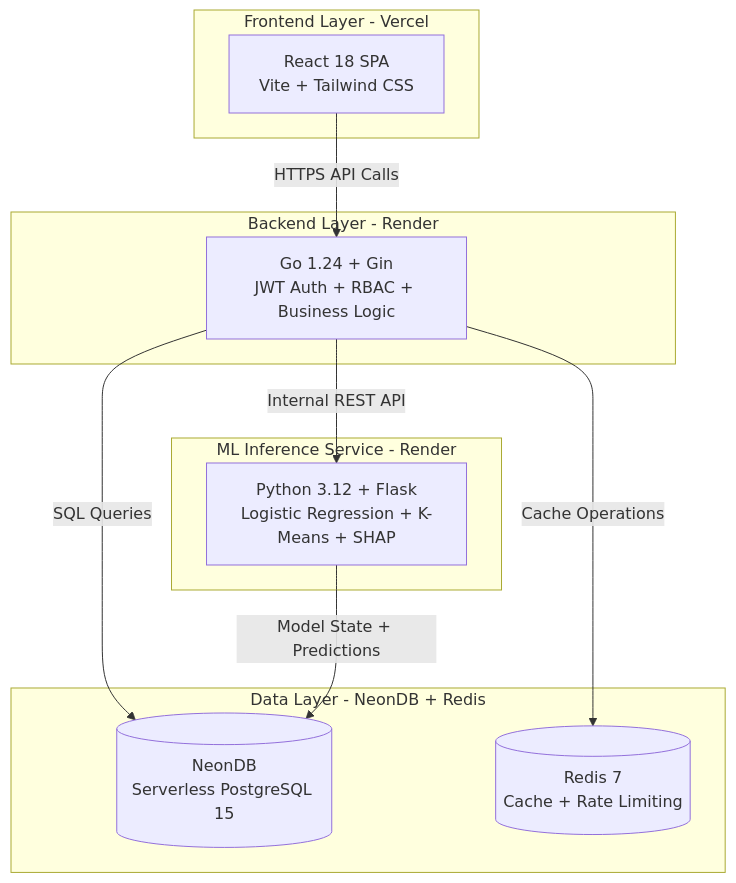
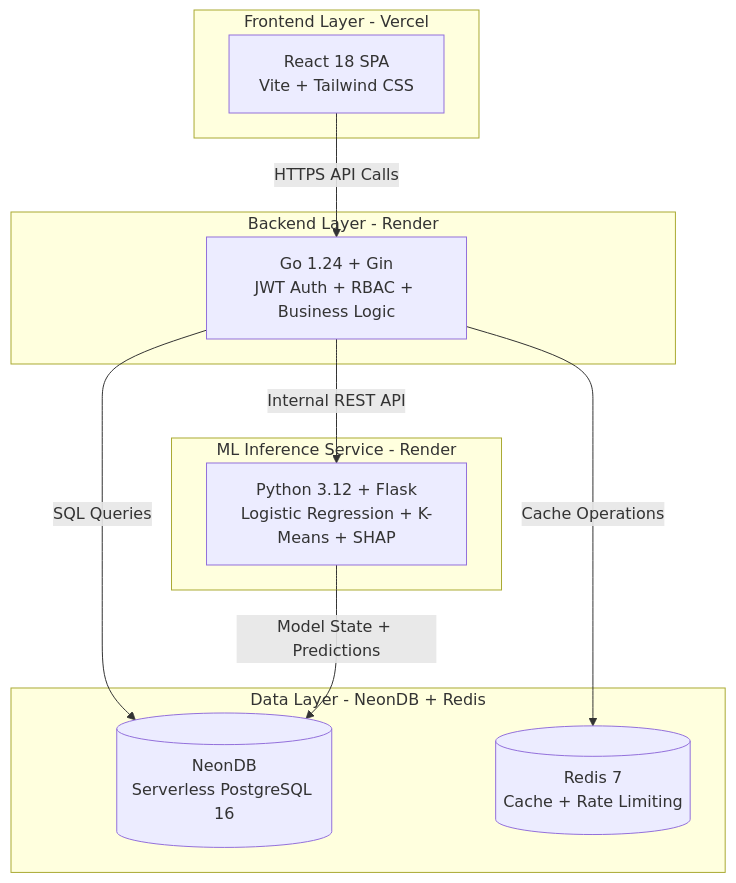
One commit to Skufu/DianaV2 changed the fifth of 7 diagrams in ch3+4.md. Above: the diagram before and after it, drawn with Mermaid. The commit also changed other lines of this file and 30 other files, not shown here.

````diff
--- a/ch3+4.md
+++ b/ch3+4.md
@@ -654,25 +667,25 @@
 ```mermaid
 flowchart TB
     subgraph Frontend["Frontend Layer - Vercel"]
         A[React 18 SPA<br/>Vite + Tailwind CSS]
     end
 
     subgraph Backend["Backend Layer - Render"]
         B[Go 1.24 + Gin<br/>JWT Auth + RBAC + Business Logic]
     end
 
     subgraph ML["ML Inference Service - Render"]
         C[Python 3.12 + Flask<br/>Logistic Regression + K-Means + SHAP]
     end
 
     subgraph Data["Data Layer - NeonDB + Redis"]
-        D[(NeonDB<br/>Serverless PostgreSQL 15)]
+        D[(NeonDB<br/>Serverless PostgreSQL 16)]
         E[(Redis 7<br/>Cache + Rate Limiting)]
     end
 
     A -->|HTTPS API Calls| B
     B -->|Internal REST API| C
     B -->|SQL Queries| D
     B -->|Cache Operations| E
     C -->|Model State + Predictions| D
 ```
````
